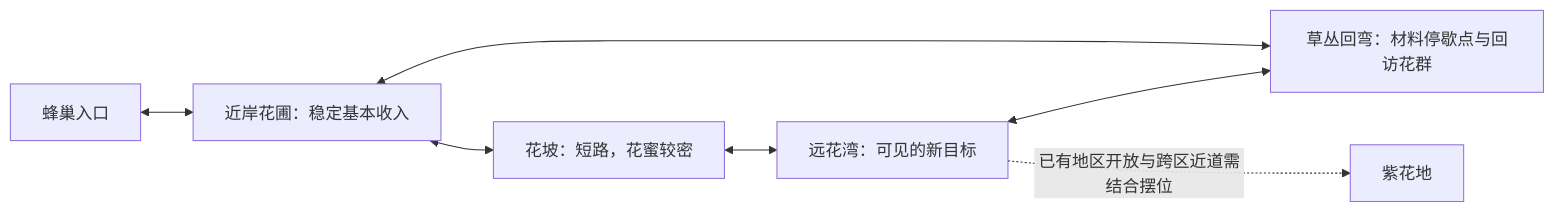
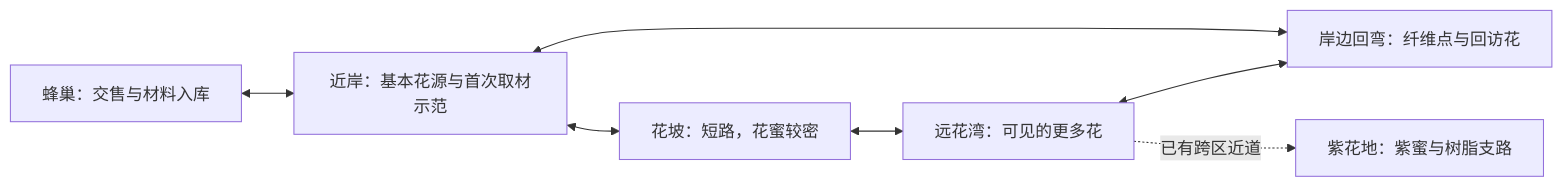
Before and after one commit to alanthssss/nameless-becoming: the diagram in docs/design/nectar-steam-demo.md, drawn with Mermaid. The commit also changed other lines of this file and 2 other files, not shown here.

````diff
--- a/docs/design/nectar-steam-demo.md
+++ b/docs/design/nectar-steam-demo.md
@@ -108,9 +144,9 @@
 ```mermaid
 flowchart LR
- H[蜂巢入口] <--> A[近岸花圃：稳定基本收入]
+ H[蜂巢：交售与材料入库] <--> A[近岸：基本花源与首次取材示范]
  A <--> B[花坡：短路，花蜜较密]
- B <--> C[远花湾：可见的新目标]
- C <--> D[草丛回弯：材料停歇点与回访花群]
+ B <--> C[远花湾：可见的更多花]
+ C <--> D[岸边回弯：纤维点与回访花]
  D <--> A
- C -. 已有地区开放与跨区近道需结合摆位 .-> M[紫花地]
+ C -. 已有跨区近道 .-> M[紫花地：紫蜜与树脂支路]
 ```
````
